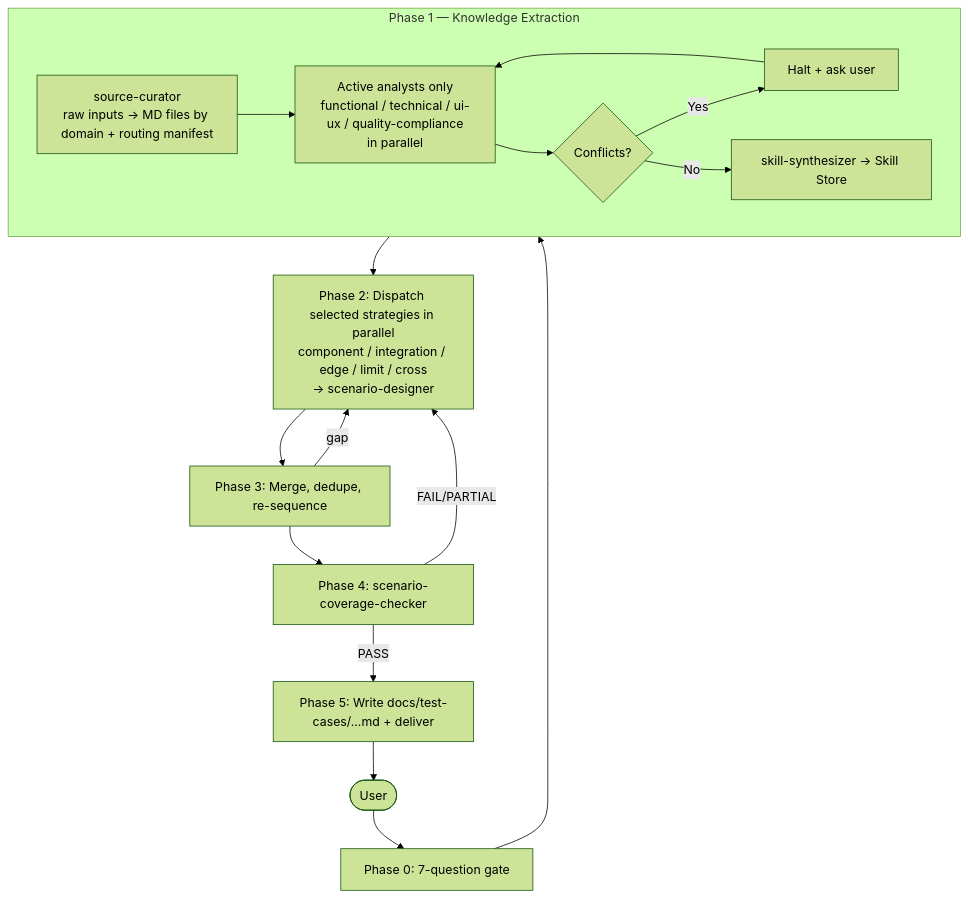
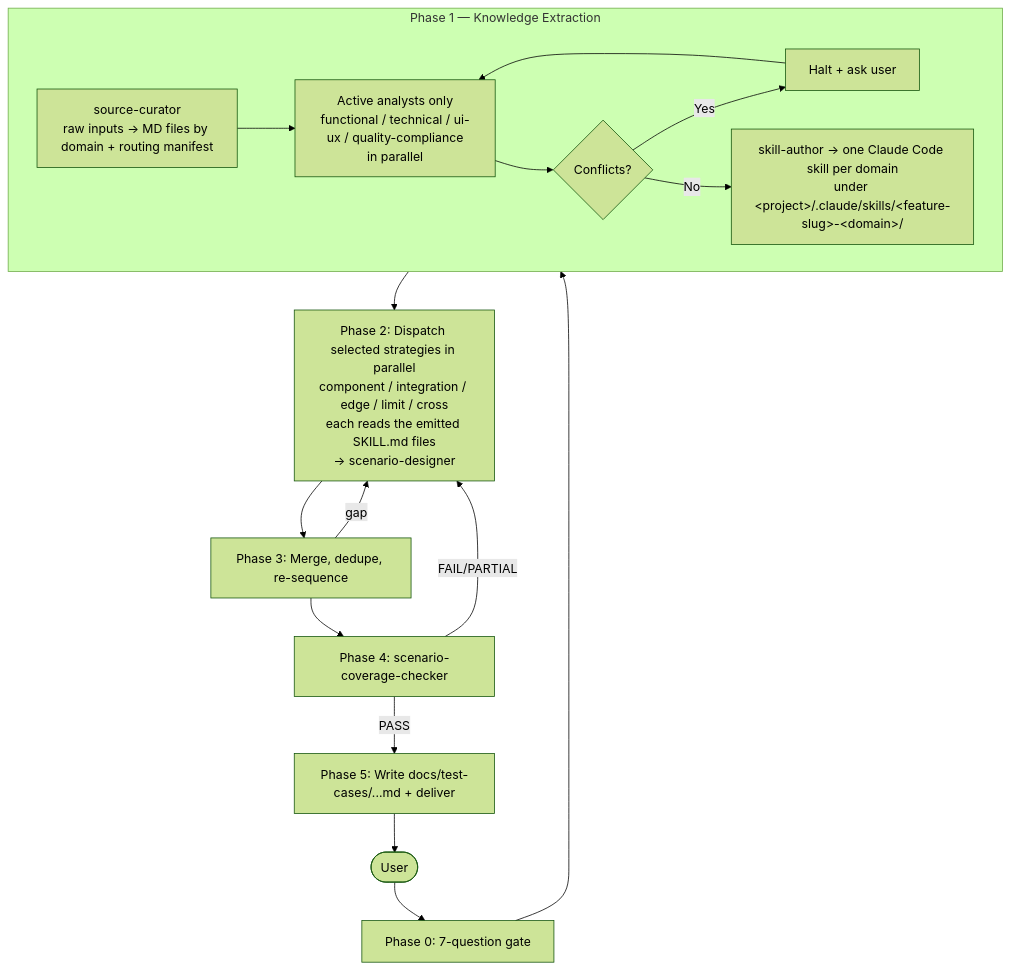
Before and after one commit to teforthewin/claude-plug-in-sandbox: the diagram in plugins/test-case-generator/README.md, drawn with Mermaid (forest theme). The commit also changed other lines of this file and 11 other files, not shown here.

First line of the commit message:
feat(test-case-generator): replace skill-synthesizer with skill-author (v1.3.0)

````diff
--- a/plugins/test-case-generator/README.md
+++ b/plugins/test-case-generator/README.md
@@ -17,17 +17,17 @@
 ```mermaid
 flowchart TD
     U([User]) --> P0[Phase 0: 7-question gate]
     P0 --> P1
     subgraph P1["Phase 1 — Knowledge Extraction"]
         SC[source-curator<br/>raw inputs → MD files by domain + routing manifest] --> A[Active analysts only<br/>functional / technical / ui-ux / quality-compliance<br/>in parallel]
         A --> CF{Conflicts?}
         CF -->|Yes| HALT[Halt + ask user] --> A
-        CF -->|No| SS[skill-synthesizer → Skill Store]
+        CF -->|No| SA[skill-author → one Claude Code skill per domain<br/>under &lt;project&gt;/.claude/skills/&lt;feature-slug&gt;-&lt;domain&gt;/]
     end
-    P1 --> P2[Phase 2: Dispatch selected strategies in parallel<br/>component / integration / edge / limit / cross<br/>→ scenario-designer]
+    P1 --> P2[Phase 2: Dispatch selected strategies in parallel<br/>component / integration / edge / limit / cross<br/>each reads the emitted SKILL.md files<br/>→ scenario-designer]
     P2 --> P3[Phase 3: Merge, dedupe, re-sequence]
     P3 -->|gap| P2
     P3 --> P4[Phase 4: scenario-coverage-checker]
     P4 -->|FAIL/PARTIAL| P2
     P4 -->|PASS| P5[Phase 5: Write docs/test-cases/...md + deliver] --> U
 ```
````
